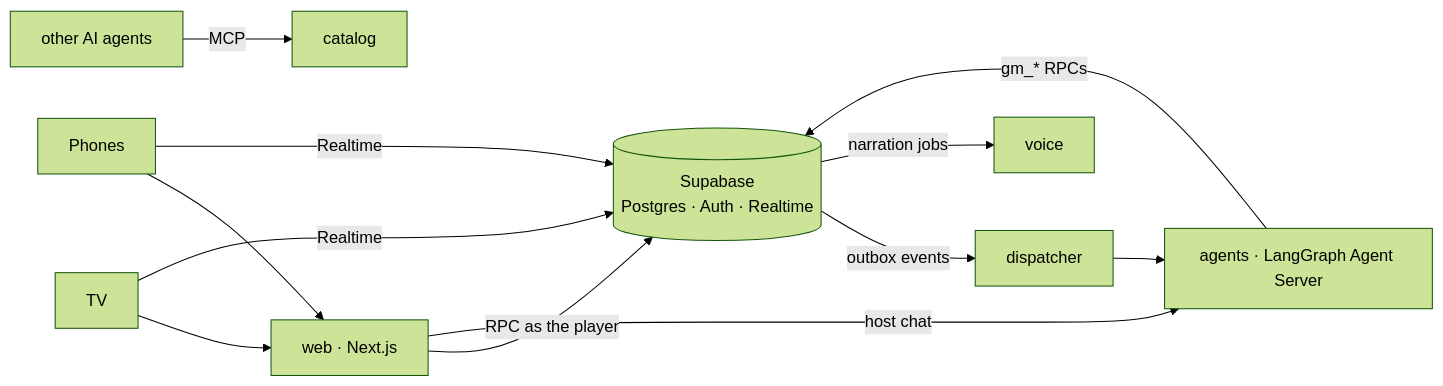
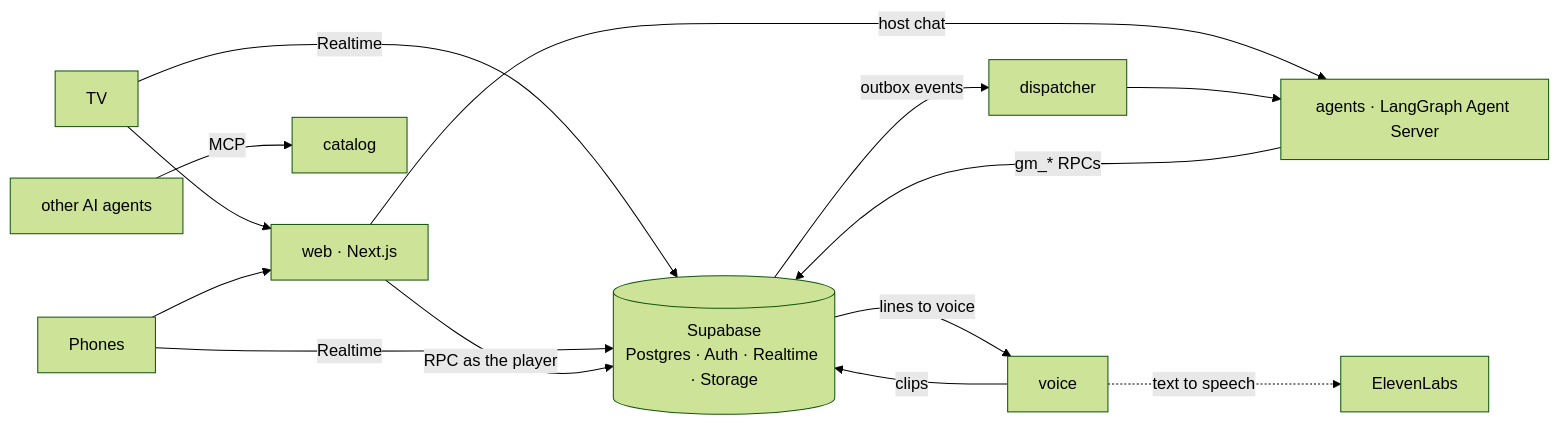
Before and after one commit to lekhanakalyanraj/gamenight: the diagram in README.md, drawn with Mermaid (forest theme). The commit also changed other lines of this file and 23 other files, not shown here.

Commit message:
Slice 4.1: the voice pipeline: every host line queued in the same transaction, voiced into a private bucket as its own Storage account, capped, cached and labelled as AI; fake voice in CI

````diff
--- a/README.md
+++ b/README.md
@@ -31,11 +32,12 @@
 ```mermaid
 flowchart LR
   TV["TV"] & Phone["Phones"] --> WEB["web · Next.js"]
-  TV & Phone -- "Realtime" --> SB[("Supabase<br/>Postgres · Auth · Realtime")]
+  TV & Phone -- "Realtime" --> SB[("Supabase<br/>Postgres · Auth · Realtime · Storage")]
   WEB -- "RPC as the player" --> SB
   WEB -- "host chat" --> AG["agents · LangGraph Agent Server"]
   SB -- "outbox events" --> DSP["dispatcher"] --> AG
   AG -- "gm_* RPCs" --> SB
-  SB -- "narration jobs" --> VOICE["voice"]
+  SB -- "lines to voice" --> VOICE["voice"] -- "clips" --> SB
+  VOICE -. "text to speech" .-> EL["ElevenLabs"]
   EXT["other AI agents"] -- "MCP" --> CAT["catalog"]
 ```
````
